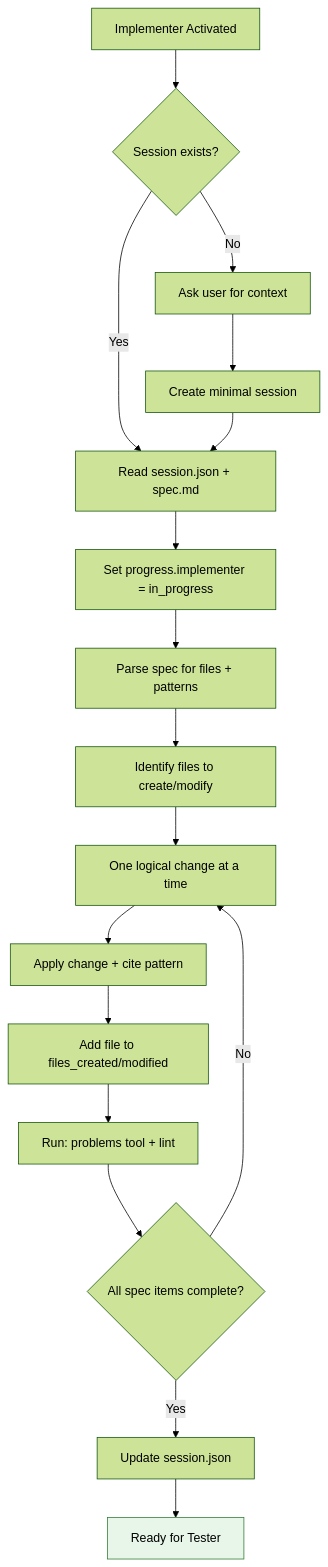
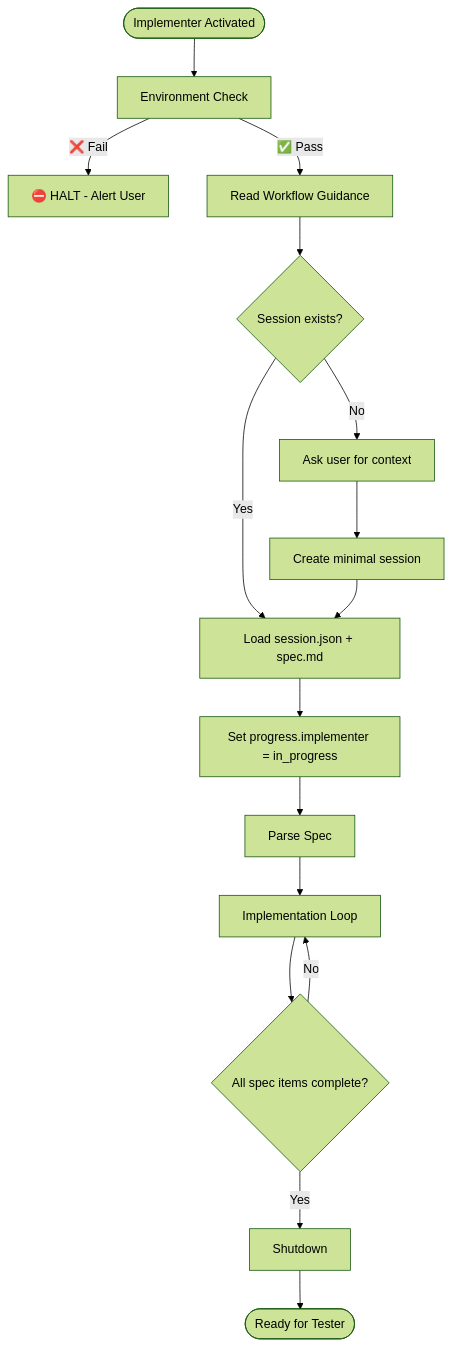
One commit to department-of-veterans-affairs/vets-website changed the diagram in .github/agents/implementer.agent.md. Above: the diagram before and after it, drawn with Mermaid (forest theme). The commit also changed other lines of this file and 7 other files, not shown here.

Commit message:
Lock in flows, be more explicit about environment guard

````diff
--- a/.github/agents/implementer.agent.md
+++ b/.github/agents/implementer.agent.md
@@ -47,22 +120,20 @@
 ```mermaid
 flowchart TD
-    Start[Implementer Activated] --> LoadArtifacts{Session exists?}
-    LoadArtifacts -->|No| AskUser[Ask user for context]
-    LoadArtifacts -->|Yes| ReadSession[Read session.json + spec.md]
-    AskUser --> CreateMinimal[Create minimal session]
-    CreateMinimal --> ReadSession
+    Start([Implementer Activated]) --> EnvCheck[Environment Check]
+    EnvCheck -->|❌ Fail| Halt[⛔ HALT - Alert User]
+    EnvCheck -->|✅ Pass| Guidance[Read Workflow Guidance]
     
-    ReadSession --> UpdateProgress[Set progress.implementer = in_progress]
-    UpdateProgress --> ParseSpec[Parse spec for files + patterns]
-    ParseSpec --> Files[Identify files to create/modify]
-    Files --> Chunk[One logical change at a time]
-    Chunk --> Apply[Apply change + cite pattern]
-    Apply --> UpdateSession[Add file to files_created/modified]
-    UpdateSession --> Validate[Run: problems tool + lint]
-    Validate --> Done{All spec items complete?}
-    Done -->|No| Chunk
-    Done -->|Yes| FinalUpdate[Update session.json]
-    FinalUpdate --> Output[Ready for Tester]
+    Guidance --> SessionCheck{Session exists?}
+    SessionCheck -->|No| AskUser[Ask user for context]
+    SessionCheck -->|Yes| LoadSession[Load session.json + spec.md]
+    AskUser --> CreateSession[Create minimal session]
+    CreateSession --> LoadSession
     
-    style Output fill:#e8f5e9,stroke:#2e7d32
+    LoadSession --> UpdateProgress[Set progress.implementer = in_progress]
+    UpdateProgress --> ParseSpec[Parse Spec]
+    ParseSpec --> Loop[Implementation Loop]
+    Loop --> Validate{All spec items complete?}
+    Validate -->|No| Loop
+    Validate -->|Yes| Shutdown[Shutdown]
+    Shutdown --> Done([Ready for Tester])
 ```
````
